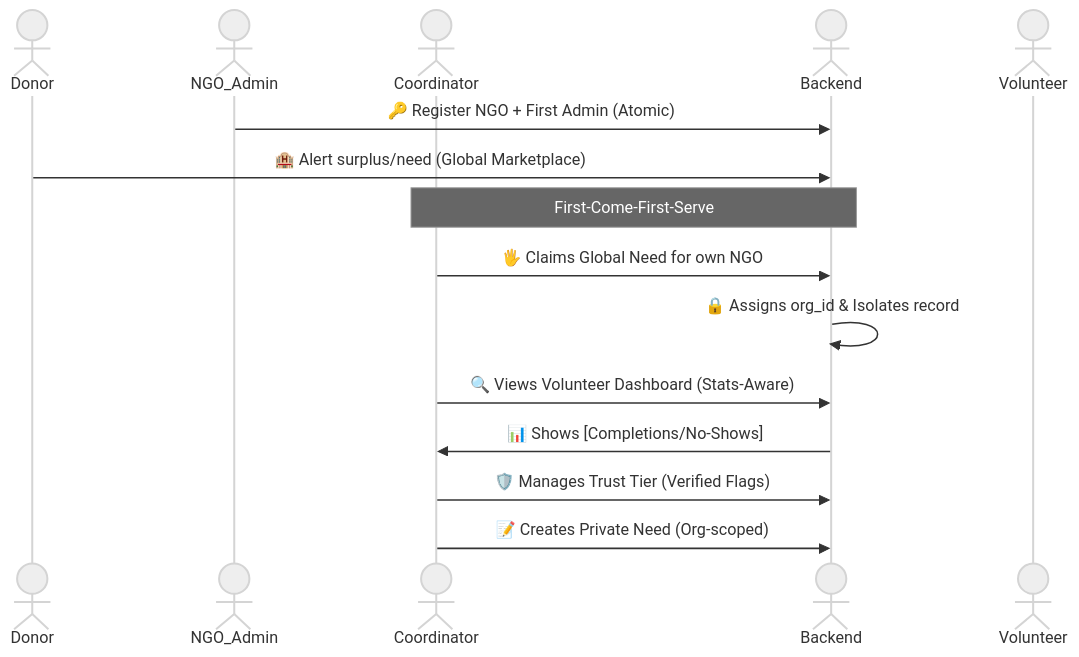
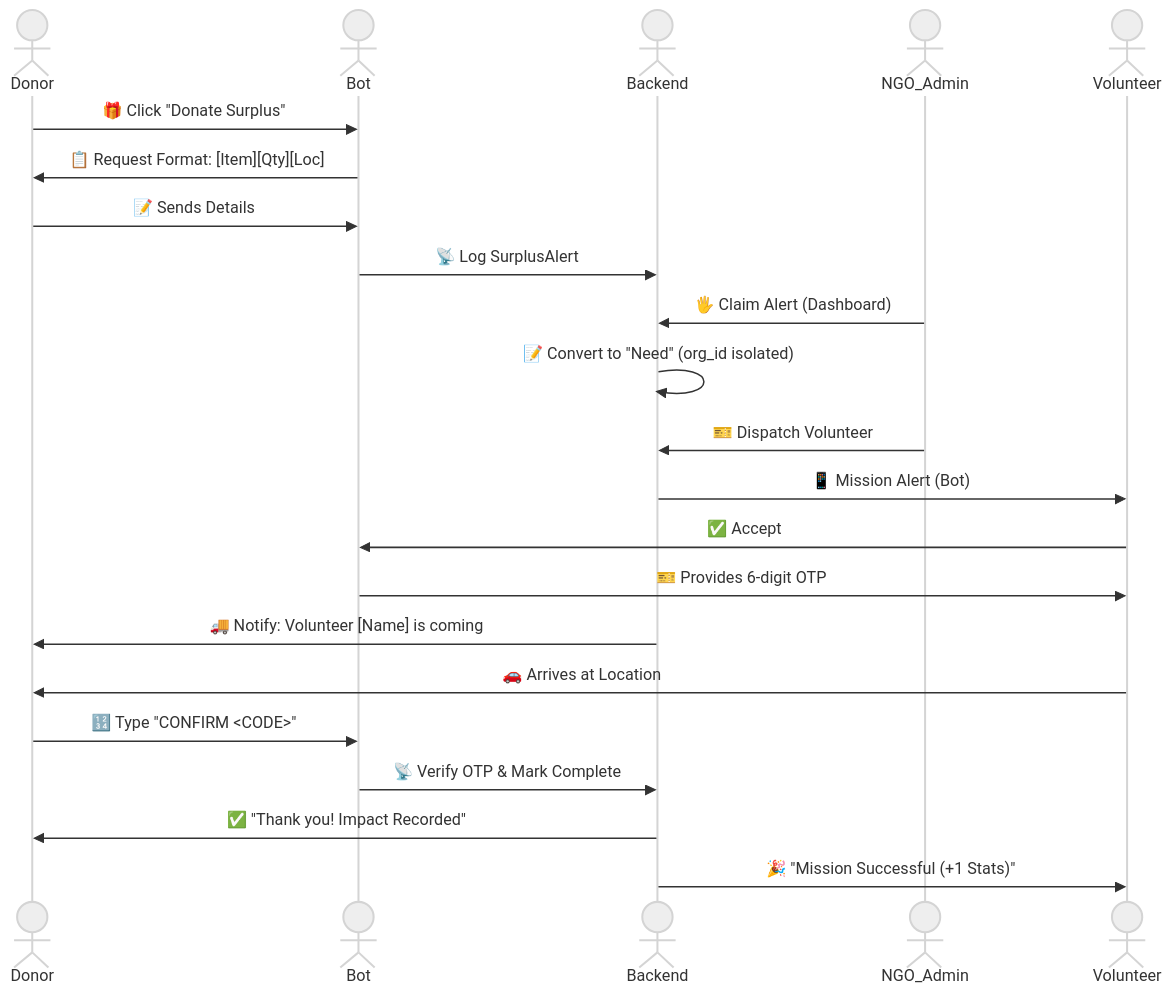
One commit to bibhav1108/backend changed the second of 5 diagrams in docs/operational_workflows.md. Above: the diagram before and after it, drawn with Mermaid (neutral theme). The commit also changed other lines of this file, not shown here.

Commit message:
docs: update operational workflows to v1.6

````diff
--- a/docs/operational_workflows.md
+++ b/docs/operational_workflows.md
@@ -68,21 +68,29 @@
 ```mermaid
 sequenceDiagram
     actor Donor
+    actor Bot
+    actor Backend
     actor NGO_Admin
-    actor Coordinator
-    actor Backend
     actor Volunteer
 
-    NGO_Admin->>Backend: 🔑 Register NGO + First Admin (Atomic)
-    Donor->>Backend: 🏨 Alert surplus/need (Global Marketplace)
+    Donor->>Bot: 🎁 Click "Donate Surplus"
+    Bot->>Donor: 📋 Request Format: [Item][Qty][Loc]
+    Donor->>Bot: 📝 Sends Details
+    Bot->>Backend: 📡 Log SurplusAlert
     
-    Note over Coordinator, Backend: First-Come-First-Serve
-    Coordinator->>Backend: 🖐️ Claims Global Need for own NGO
-    Backend->>Backend: 🔒 Assigns org_id & Isolates record
+    NGO_Admin->>Backend: 🖐️ Claim Alert (Dashboard)
+    Backend->>Backend: 📝 Convert to "Need" (org_id isolated)
     
-    Coordinator->>Backend: 🔍 Views Volunteer Dashboard (Stats-Aware)
-    Backend->>Coordinator: 📊 Shows [Completions/No-Shows]
-    Coordinator->>Backend: 🛡️ Manages Trust Tier (Verified Flags)
+    NGO_Admin->>Backend: 🎫 Dispatch Volunteer
+    Backend->>Volunteer: 📱 Mission Alert (Bot)
+    Volunteer->>Bot: ✅ Accept
+    Bot->>Volunteer: 🎫 Provides 6-digit OTP
     
-    Coordinator->>Backend: 📝 Creates Private Need (Org-scoped)
+    Backend->>Donor: 🚚 Notify: Volunteer [Name] is coming
+    Volunteer->>Donor: 🚗 Arrives at Location
+    
+    Donor->>Bot: 🔢 Type "CONFIRM <CODE>"
+    Bot->>Backend: 📡 Verify OTP & Mark Complete
+    Backend->>Donor: ✅ "Thank you! Impact Recorded"
+    Backend->>Volunteer: 🎉 "Mission Successful (+1 Stats)"
 ```
````
